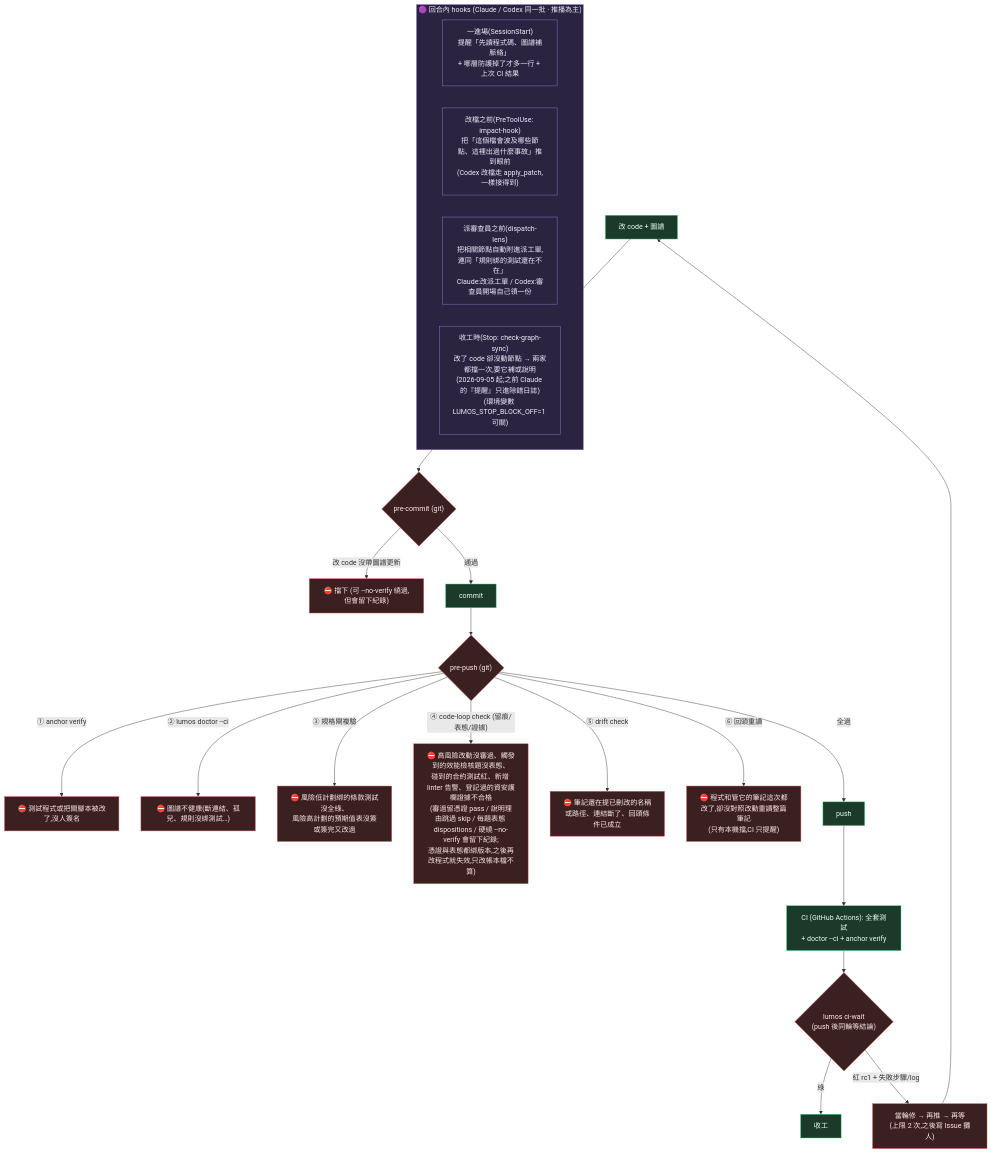
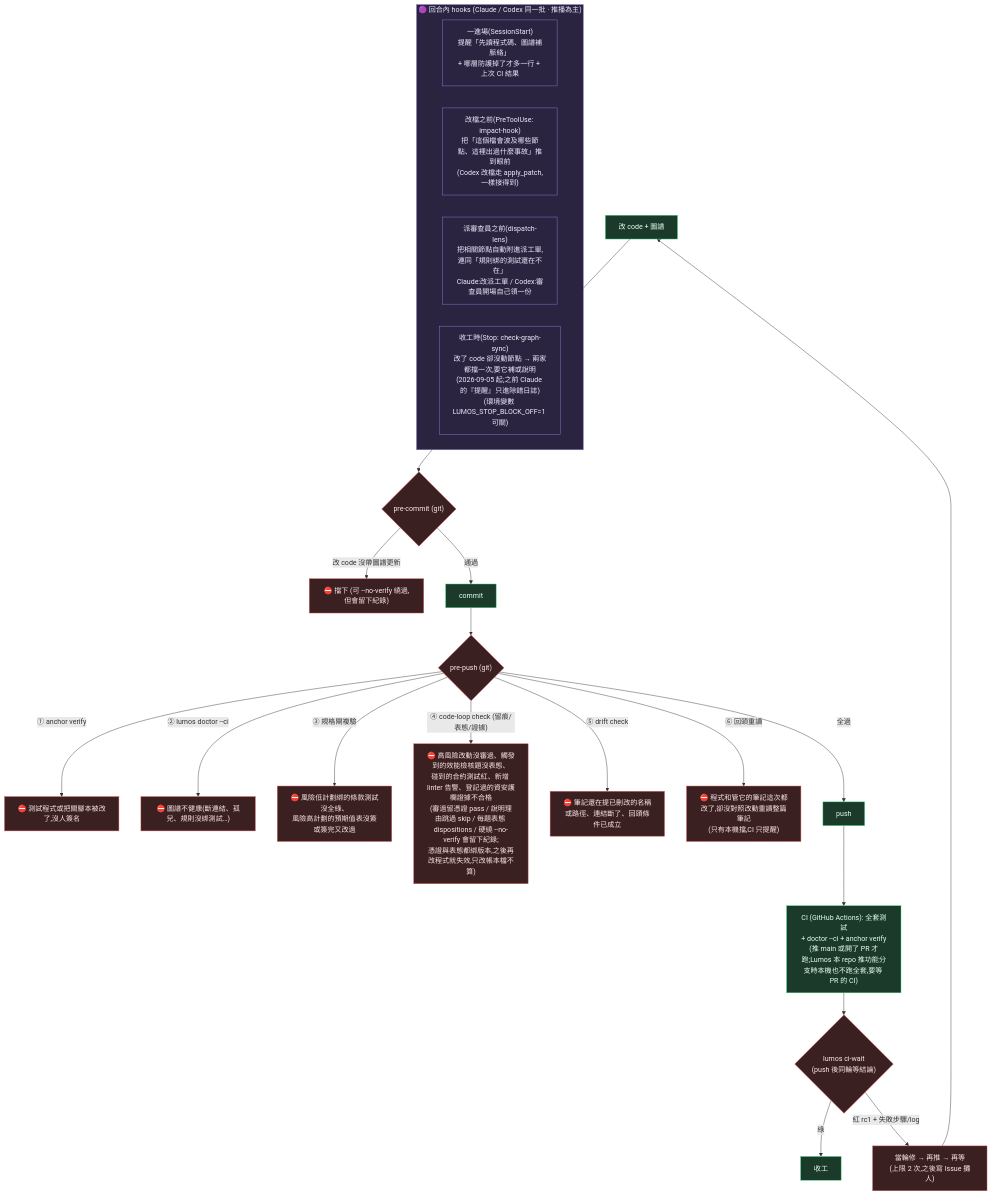
One commit to EnzoHsieh-Android/Lumos changed the fourth of 5 diagrams in ARCHITECTURE.md. Above: the diagram before and after it, drawn with Mermaid. The commit also changed 96 other files, not shown here.

````diff
--- a/ARCHITECTURE.md
+++ b/ARCHITECTURE.md
@@ -162,35 +162,35 @@
 ```mermaid
 flowchart TB
     subgraph BEFORE["🟣 回合內 hooks (Claude / Codex 同一批 · 推播為主)"]
         ENTRY["一進場(SessionStart)<br/>提醒「先讀程式碼、圖譜補脈絡」<br/>+ 哪層防護掉了才多一行 + 上次 CI 結果"]
         PRE["改檔之前(PreToolUse: impact-hook)<br/>把「這個檔會波及哪些節點、這裡出過什麼事故」推到眼前<br/>(Codex 改檔走 apply_patch,一樣接得到)"]
         LENS["派審查員之前(dispatch-lens)<br/>把相關節點自動附進派工單,連同「規則綁的測試還在不在」<br/>Claude:改派工單 / Codex:審查員開場自己領一份"]
         STOPH["收工時(Stop: check-graph-sync)<br/>改了 code 卻沒動節點 → 兩家都擋一次,要它補或說明<br/>(2026-09-05 起;之前 Claude 的『提醒』只進除錯日誌)<br/>(環境變數 LUMOS_STOP_BLOCK_OFF=1 可關)"]
     end
 
     EDIT["改 code + 圖譜"] --> PC{"pre-commit (git)"}
     PC -->|"改 code 沒帶圖譜更新"| BLOCK["⛔ 擋下 (可 --no-verify 繞過,但會留下紀錄)"]
     PC -->|通過| COMMIT["commit"]
 
     COMMIT --> PUSH{"pre-push (git)"}
     PUSH -->|"① anchor verify"| PB2["⛔ 測試程式或把關腳本被改了,沒人簽名"]
     PUSH -->|"② lumos doctor --ci"| PB1["⛔ 圖譜不健康(斷連結、孤兒、規則沒綁測試…)"]
     PUSH -->|"③ 規格閘複驗"| PB4["⛔ 風險低計劃綁的條款測試沒全綠、<br/>風險高計劃的預期值表沒簽或簽完又改過"]
     PUSH -->|"④ code-loop check (留痕/表態/證據)"| PB3["⛔ 高風險改動沒審過、觸發到的效能檢核題沒表態、<br/>碰到的合約測試紅、新增 linter 告警、登記過的資安護欄證據不合格<br/>(審過留憑證 pass / 說明理由跳過 skip / 每題表態 dispositions / 硬繞 --no-verify 會留下紀錄;<br/>憑證與表態都綁版本,之後再改程式就失效,只改帳本檔不算)"]
     PUSH -->|"⑤ drift check"| PB5["⛔ 筆記還在提已刪改的名稱或路徑、連結斷了、回頭條件已成立"]
     PUSH -->|"⑥ 回頭重讀"| PB6["⛔ 程式和管它的筆記這次都改了,卻沒對照改動重讀整篇筆記<br/>(只有本機擋,CI 只提醒)"]
     PUSH -->|全過| PASS["push"]
-    PASS --> CI["CI (GitHub Actions): 全套測試<br/>+ doctor --ci + anchor verify"]
+    PASS --> CI["CI (GitHub Actions): 全套測試<br/>+ doctor --ci + anchor verify<br/>(推 main 或開了 PR 才跑;Lumos 本 repo 推功能分支時本機也不跑全套,要等 PR 的 CI)"]
     CI --> WAIT{"lumos ci-wait<br/>(push 後同輪等結論)"}
     WAIT -->|綠| DONE["收工"]
     WAIT -->|"紅 rc1 + 失敗步驟/log"| FIX["當輪修 → 再推 → 再等<br/>(上限 2 次,之後寫 Issue 攤人)"]
     FIX --> EDIT
 
     classDef gate fill:#3a2020,stroke:#dc5b5b,color:#ffe8e8
     classDef ok fill:#1b3a2a,stroke:#3ddc84,color:#e8fff0
     classDef push fill:#2a2440,stroke:#9a7bd6,color:#f0ecff
     class PC,PUSH,BLOCK,PB1,PB2,PB3,PB4,PB5,PB6 gate
     class COMMIT,PASS,CI,EDIT,DONE ok
     class WAIT,FIX gate
     class BEFORE,ENTRY,PRE,LENS,STOPH push
 ```
````
